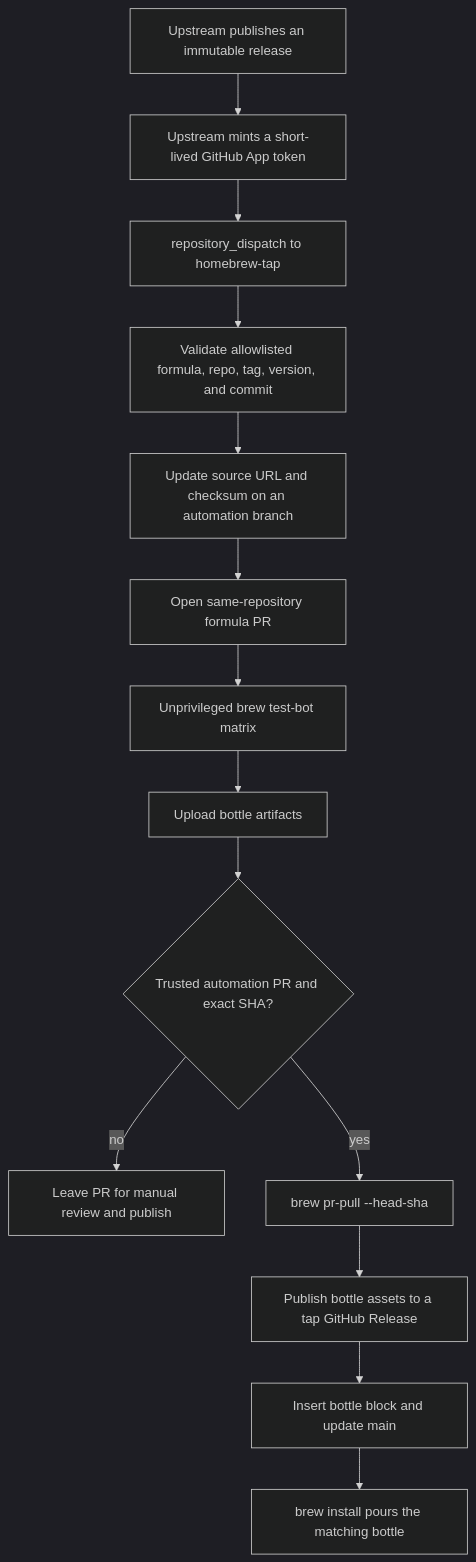
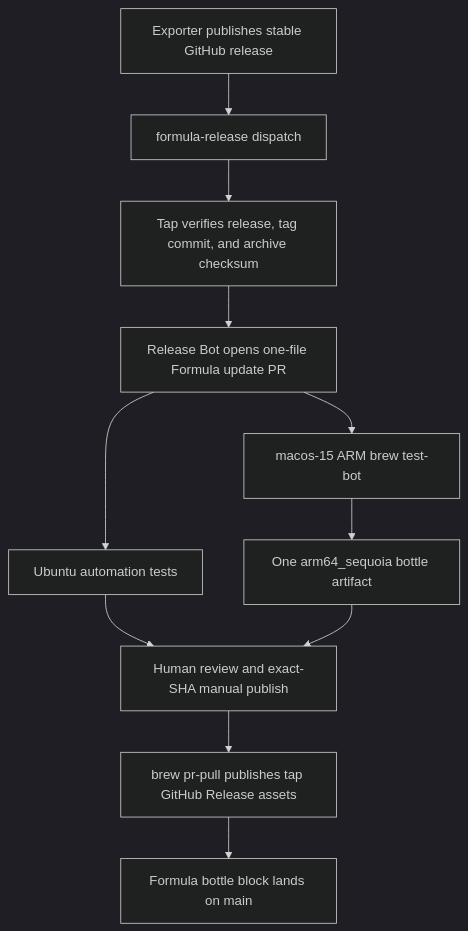
One commit to jimeh/homebrew-tap changed the diagram in HOMEBREW_FORMULAE_AND_BOTTLES_PLAN.md. Above: the diagram before and after it, drawn with Mermaid (dark theme). The commit also changed other lines of this file and 12 other files, not shown here.

First line of the commit message:
refactor: narrow source formula migration to exporter

````diff
--- a/HOMEBREW_FORMULAE_AND_BOTTLES_PLAN.md
+++ b/HOMEBREW_FORMULAE_AND_BOTTLES_PLAN.md
@@ -76,16 +123,13 @@
 ```mermaid
 flowchart TD
-    A[Upstream publishes an immutable release] --> B[Upstream mints a short-lived GitHub App token]
-    B --> C[repository_dispatch to homebrew-tap]
-    C --> D[Validate allowlisted formula, repo, tag, version, and commit]
-    D --> E[Update source URL and checksum on an automation branch]
-    E --> F[Open same-repository formula PR]
-    F --> G[Unprivileged brew test-bot matrix]
-    G --> H[Upload bottle artifacts]
-    H --> I{Trusted automation PR and exact SHA?}
-    I -- no --> J[Leave PR for manual review and publish]
-    I -- yes --> K[brew pr-pull --head-sha]
-    K --> L[Publish bottle assets to a tap GitHub Release]
-    L --> M[Insert bottle block and update main]
-    M --> N[brew install pours the matching bottle]
+    A[Exporter publishes stable GitHub release] --> B[formula-release dispatch]
+    B --> C[Tap verifies release, tag commit, and archive checksum]
+    C --> D[Release Bot opens one-file Formula update PR]
+    D --> E[Ubuntu automation tests]
+    D --> F[macos-15 ARM brew test-bot]
+    F --> G[One arm64_sequoia bottle artifact]
+    E --> H[Human review and exact-SHA manual publish]
+    G --> H
+    H --> I[brew pr-pull publishes tap GitHub Release assets]
+    I --> J[Formula bottle block lands on main]
 ```
````
